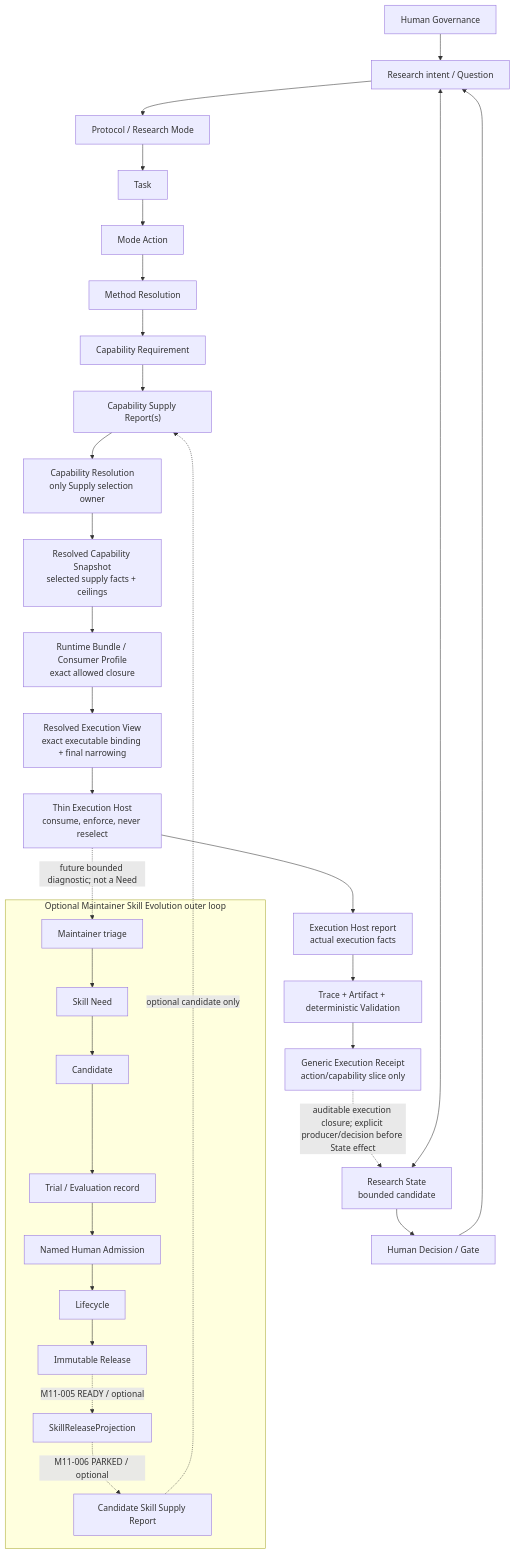
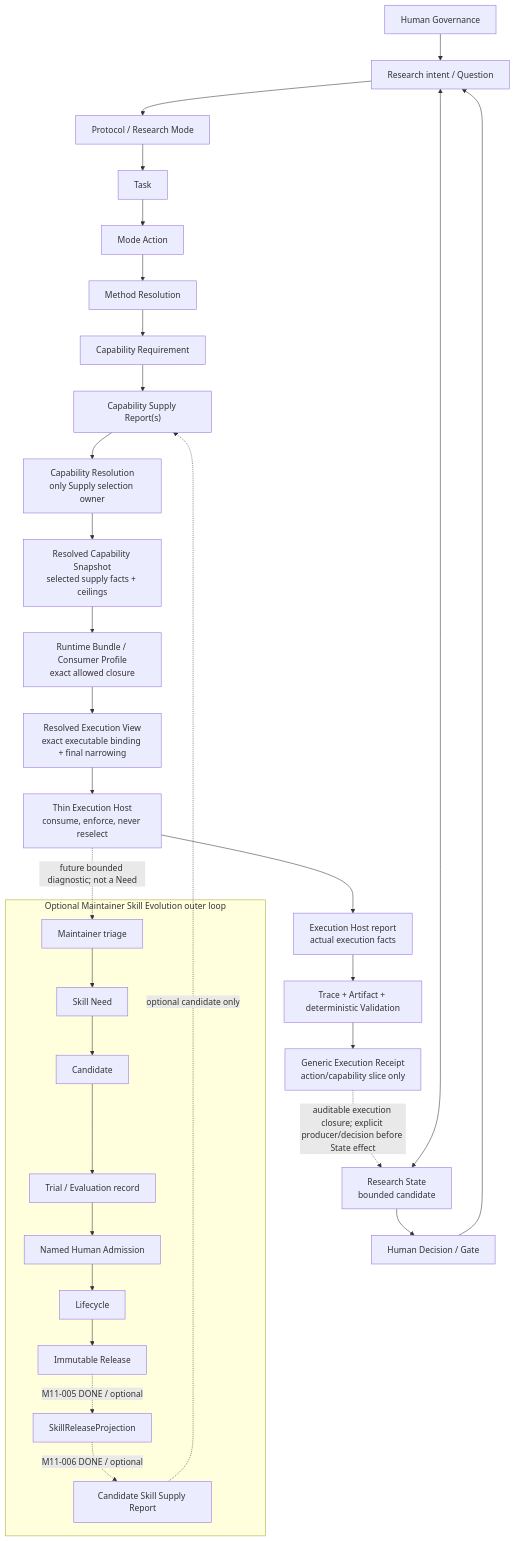
The diagram in docs/DEVELOPER_ARCHITECTURE_MAP.md (Chengyue-Lu/research-agent-workbench), drawn with Mermaid before and after one commit. The commit also changed other lines of this file and 18 other files, not shown here.

Commit message:
fix: close M11 Skill projection review gaps

````diff
--- a/docs/DEVELOPER_ARCHITECTURE_MAP.md
+++ b/docs/DEVELOPER_ARCHITECTURE_MAP.md
@@ -69,36 +69,36 @@
 ```mermaid
 flowchart TB
     HG["Human Governance"] --> Q["Research intent / Question"]
     RS["Research State<br/>bounded candidate"] <--> Q
     Q --> PM["Protocol / Research Mode"]
     PM --> T["Task"]
     T --> MA["Mode Action"]
     MA --> MR["Method Resolution"]
     MR --> CR["Capability Requirement"]
     CR --> SR["Capability Supply Report(s)"]
     SR --> RES["Capability Resolution<br/>only Supply selection owner"]
     RES --> SNAP["Resolved Capability Snapshot<br/>selected supply facts + ceilings"]
     SNAP --> RB["Runtime Bundle / Consumer Profile<br/>exact allowed closure"]
     RB --> VIEW["Resolved Execution View<br/>exact executable binding + final narrowing"]
     VIEW --> HOST["Thin Execution Host<br/>consume, enforce, never reselect"]
     HOST --> FACT["Execution Host report<br/>actual execution facts"]
     FACT --> TR["Trace + Artifact + deterministic Validation"]
     TR --> RCP["Generic Execution Receipt<br/>action/capability slice only"]
     RCP -. "auditable execution closure; explicit producer/decision before State effect" .-> RS
     RS --> HD["Human Decision / Gate"]
     HD --> Q
 
     subgraph ME["Optional Maintainer Skill Evolution outer loop"]
         TRIAGE["Maintainer triage"] --> NEED["Skill Need"]
         NEED --> CAND["Candidate"]
         CAND --> EVAL["Trial / Evaluation record"]
         EVAL --> ADM["Named Human Admission"]
         ADM --> LIFE["Lifecycle"]
         LIFE --> REL["Immutable Release"]
-        REL -. "M11-005 READY / optional" .-> PROJ["SkillReleaseProjection"]
-        PROJ -. "M11-006 PARKED / optional" .-> SSR["Candidate Skill Supply Report"]
+        REL -. "M11-005 DONE / optional" .-> PROJ["SkillReleaseProjection"]
+        PROJ -. "M11-006 DONE / optional" .-> SSR["Candidate Skill Supply Report"]
     end
 
     SSR -. "optional candidate only" .-> SR
     HOST -. "future bounded diagnostic; not a Need" .-> TRIAGE
 ```
````
